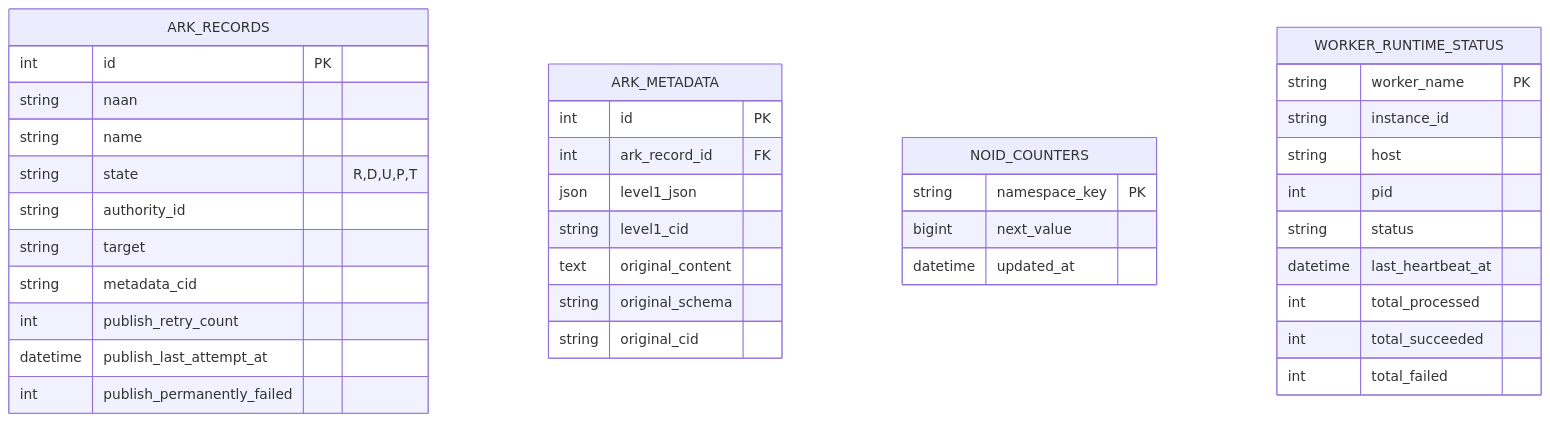
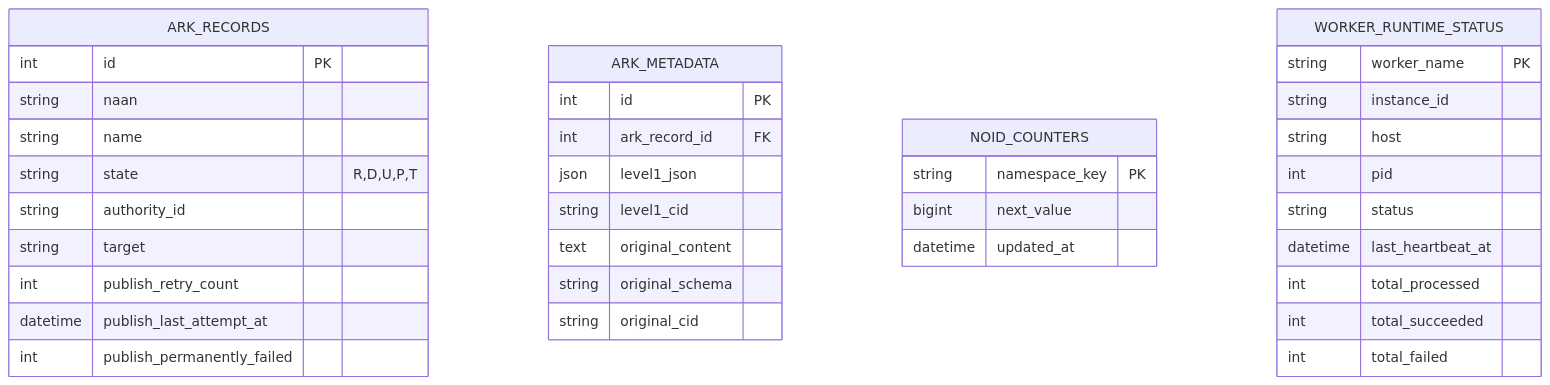
The ninth of 9 diagrams in minter-architecture.md (LA-Referencia-IOI/dark-core-minter-api), drawn with Mermaid before and after one commit. The commit also changed other lines of this file and 37 other files, not shown here.

````diff
--- a/minter-architecture.md
+++ b/minter-architecture.md
@@ -173,43 +178,42 @@
 ```mermaid
 erDiagram
     ARK_RECORDS {
         int id PK
         string naan
         string name
         string state "R,D,U,P,T"
         string authority_id
         string target
-        string metadata_cid
         int publish_retry_count
         datetime publish_last_attempt_at
         int publish_permanently_failed
     }
 
     ARK_METADATA {
         int id PK
         int ark_record_id FK
         json level1_json
         string level1_cid
         text original_content
         string original_schema
         string original_cid
     }
 
     NOID_COUNTERS {
         string namespace_key PK
         bigint next_value
         datetime updated_at
     }
 
     WORKER_RUNTIME_STATUS {
         string worker_name PK
         string instance_id
         string host
         int pid
         string status
         datetime last_heartbeat_at
         int total_processed
         int total_succeeded
         int total_failed
     }
 ```
````
